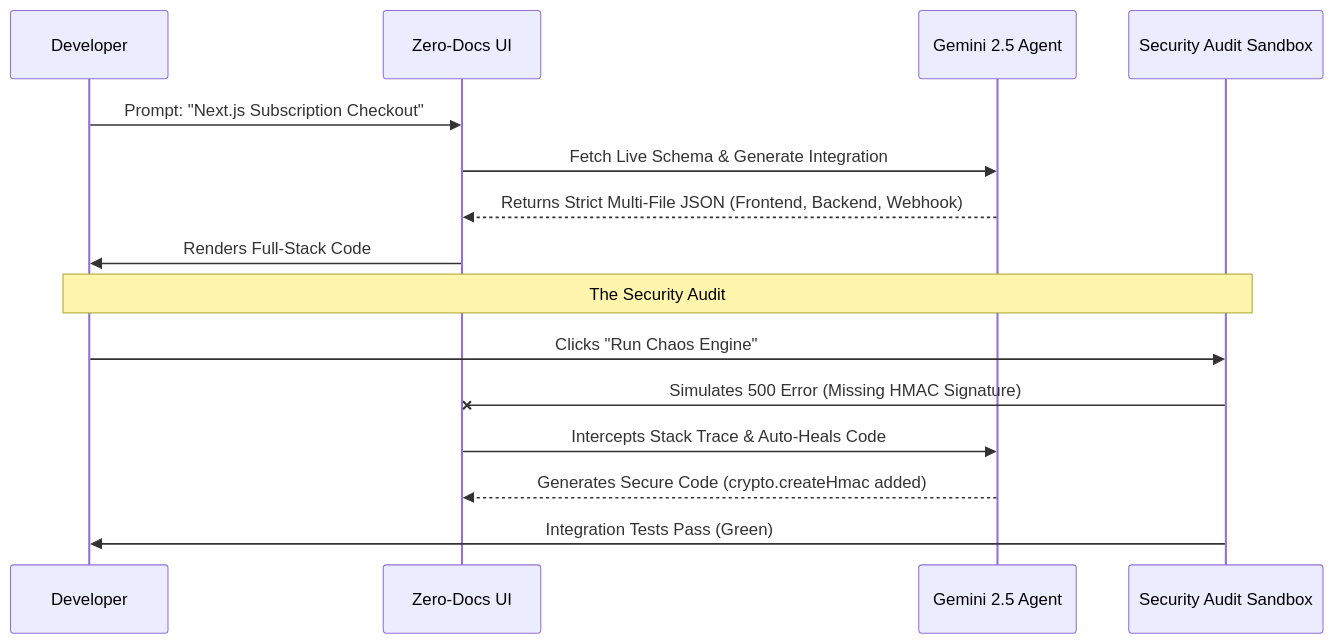
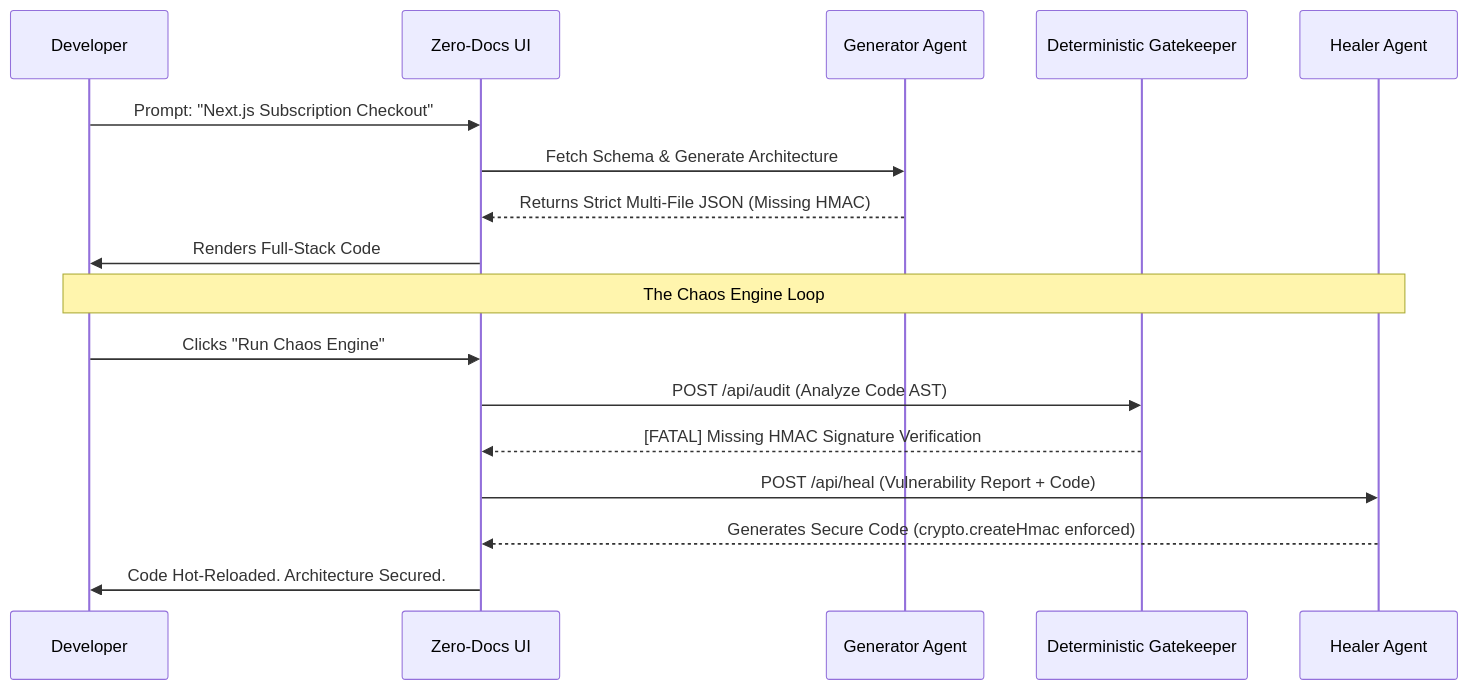
One commit to rayanakarthikeyan/Zero-Docs-Copilot changed the diagram in README.md. Above: the diagram before and after it, drawn with Mermaid. The commit also changed other lines of this file and 1 other file, not shown here.

Commit message:
docs: update README and About modal to reflect True Multi-Agent architecture

````diff
--- a/README.md
+++ b/README.md
@@ -57,19 +62,21 @@
 ```mermaid
 sequenceDiagram
     participant Dev as Developer
     participant UI as Zero-Docs UI
-    participant AI as Gemini 2.5 Agent
-    participant Sim as Security Audit Sandbox
+    participant GenAgent as Generator Agent
+    participant Audit as Deterministic Gatekeeper
+    participant HealAgent as Healer Agent
 
     Dev->>UI: Prompt: "Next.js Subscription Checkout"
-    UI->>AI: Fetch Live Schema & Generate Integration
-    AI-->>UI: Returns Strict Multi-File JSON (Frontend, Backend, Webhook)
+    UI->>GenAgent: Fetch Schema & Generate Architecture
+    GenAgent-->>UI: Returns Strict Multi-File JSON (Missing HMAC)
     UI->>Dev: Renders Full-Stack Code
     
-    Note over Dev,Sim: The Security Audit
-    Dev->>Sim: Clicks "Run Chaos Engine"
-    Sim-xUI: Simulates 500 Error (Missing HMAC Signature)
-    UI->>AI: Intercepts Stack Trace & Auto-Heals Code
-    AI-->>UI: Generates Secure Code (crypto.createHmac added)
-    Sim->>Dev: Integration Tests Pass (Green)
+    Note over Dev,HealAgent: The Chaos Engine Loop
+    Dev->>UI: Clicks "Run Chaos Engine"
+    UI->>Audit: POST /api/audit (Analyze Code AST)
+    Audit-->>UI: [FATAL] Missing HMAC Signature Verification
+    UI->>HealAgent: POST /api/heal (Vulnerability Report + Code)
+    HealAgent-->>UI: Generates Secure Code (crypto.createHmac enforced)
+    UI->>Dev: Code Hot-Reloaded. Architecture Secured.
 ```
````
